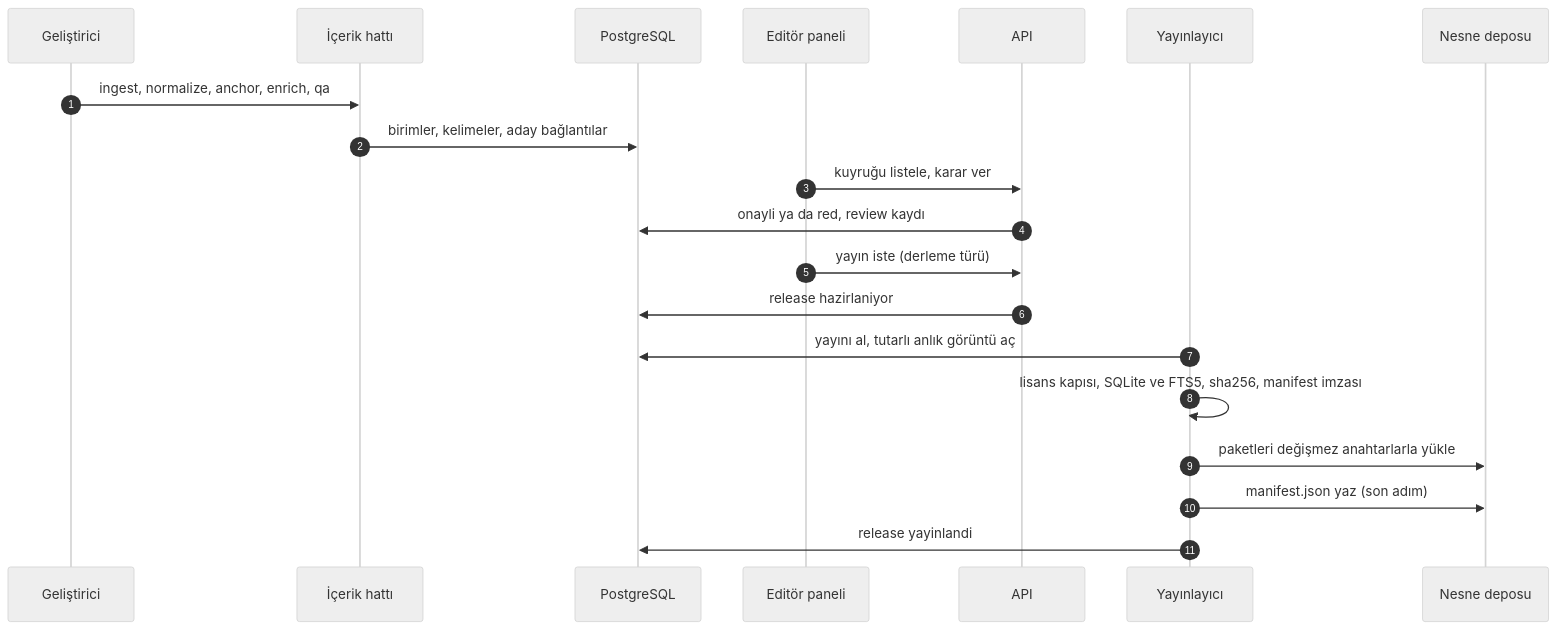
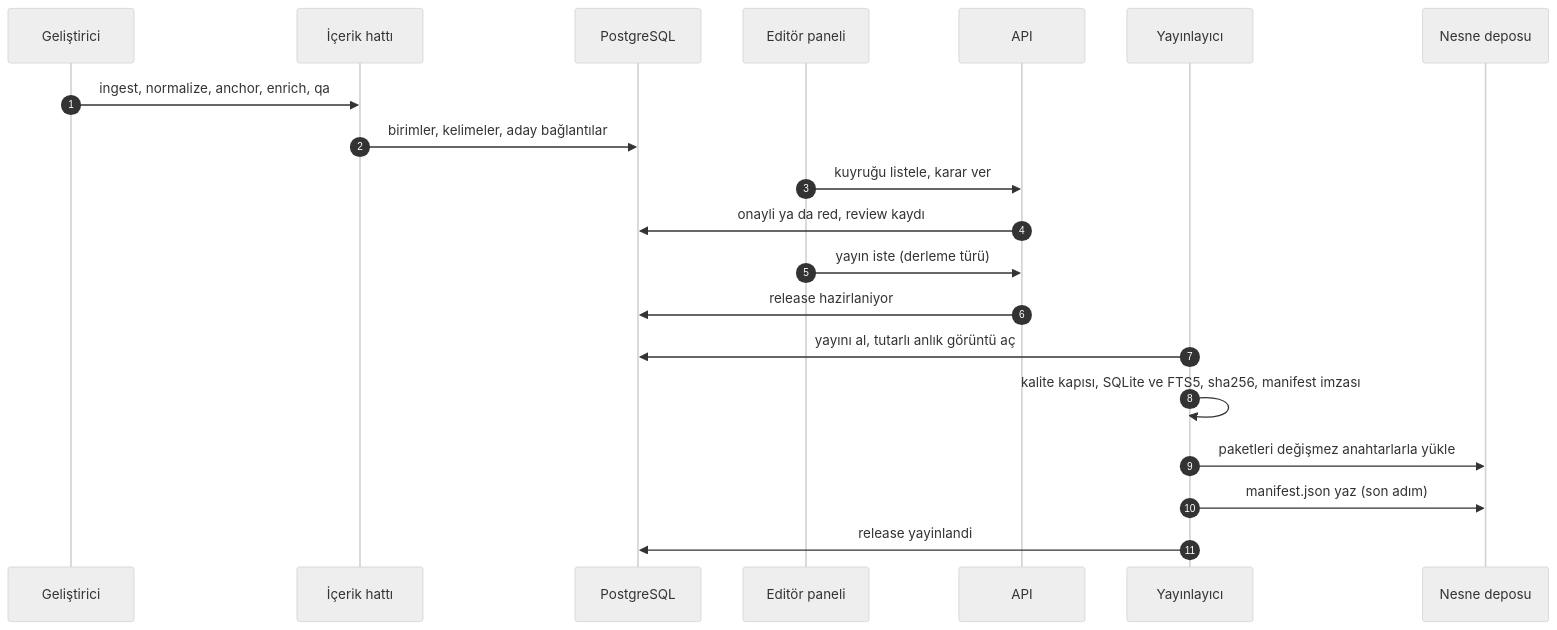
Before and after one commit to karasaid379-hue/mutalaa: the third of 6 diagrams in docs/02-mimari/01-genel-mimari.md, drawn with Mermaid (neutral theme). The commit also changed other lines of this file and 39 other files, not shown here.

````diff
--- a/docs/02-mimari/01-genel-mimari.md
+++ b/docs/02-mimari/01-genel-mimari.md
@@ -123,22 +123,22 @@
 ```mermaid
 sequenceDiagram
   autonumber
   participant G as Geliştirici
   participant H as İçerik hattı
   participant DB as PostgreSQL
   participant E as Editör paneli
   participant A as API
   participant Y as Yayınlayıcı
   participant S as Nesne deposu
   G->>H: ingest, normalize, anchor, enrich, qa
   H->>DB: birimler, kelimeler, aday bağlantılar
   E->>A: kuyruğu listele, karar ver
   A->>DB: onayli ya da red, review kaydı
   E->>A: yayın iste (derleme türü)
   A->>DB: release hazirlaniyor
   Y->>DB: yayını al, tutarlı anlık görüntü aç
-  Y->>Y: lisans kapısı, SQLite ve FTS5, sha256, manifest imzası
+  Y->>Y: kalite kapısı, SQLite ve FTS5, sha256, manifest imzası
   Y->>S: paketleri değişmez anahtarlarla yükle
   Y->>S: manifest.json yaz (son adım)
   Y->>DB: release yayinlandi
 ```
````
